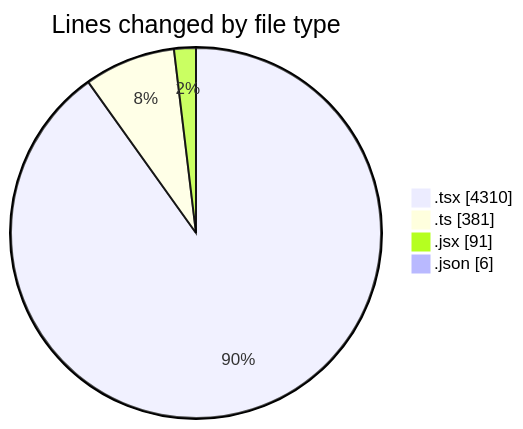
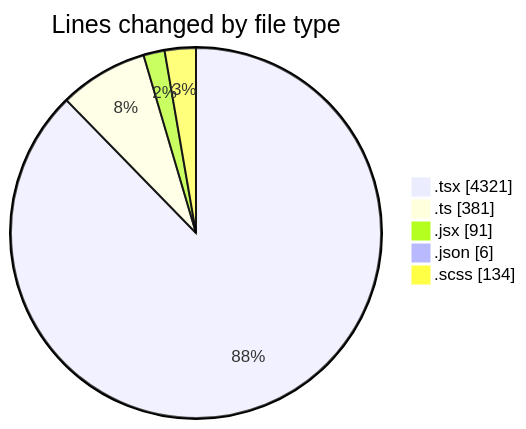
Before and after one commit to momahboobian/code-tracking: the first of 2 diagrams in 2026-04-27/cda/README.md, drawn with Mermaid. The commit also changed other lines of this file and 1 other file, not shown here.

````diff
--- a/2026-04-27/cda/README.md
+++ b/2026-04-27/cda/README.md
@@ -39,8 +40,9 @@
 ```mermaid
 pie showData
 title Lines changed by file type
-".tsx" : 4310
+".tsx" : 4321
 ".ts" : 381
 ".jsx" : 91
 ".json" : 6
+".scss" : 134
 ```
````
